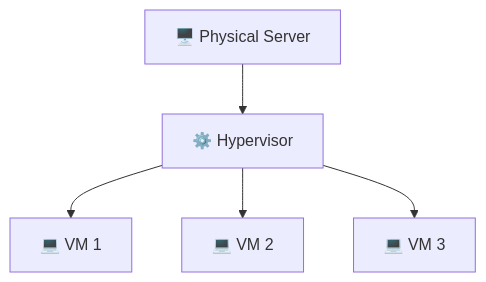
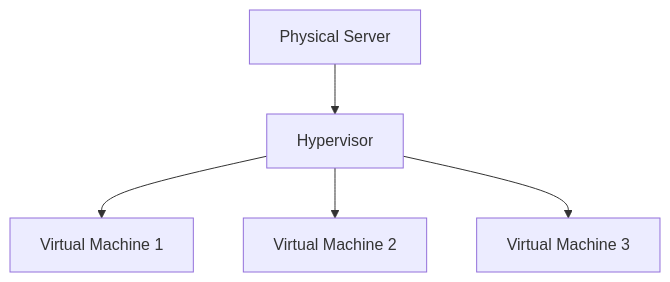
Before and after one commit to Yuvii2102/My-Devops-Cloud-Journey: the seventh of 31 diagrams in DevOps-Labs-and-Projects/ Day-01 to Day-06/README.md, drawn with Mermaid. The commit also changed other lines of this file, not shown here.

````diff
--- a/DevOps-Labs-and-Projects/ Day-01 to Day-06/README.md
+++ b/DevOps-Labs-and-Projects/ Day-01 to Day-06/README.md
@@ -249,14 +202,8 @@
 ```mermaid
 flowchart TD
-    HARDWARE["🖥️ Physical Server"]
-    HYPERVISOR["⚙️ Hypervisor"]
-
-    VM1["💻 VM 1"]
-    VM2["💻 VM 2"]
-    VM3["💻 VM 3"]
-
-    HARDWARE --> HYPERVISOR
-    HYPERVISOR --> VM1
-    HYPERVISOR --> VM2
-    HYPERVISOR --> VM3
+    H["Physical Server"]
+    H --> HV["Hypervisor"]
+    HV --> VM1["Virtual Machine 1"]
+    HV --> VM2["Virtual Machine 2"]
+    HV --> VM3["Virtual Machine 3"]
 ```
````
